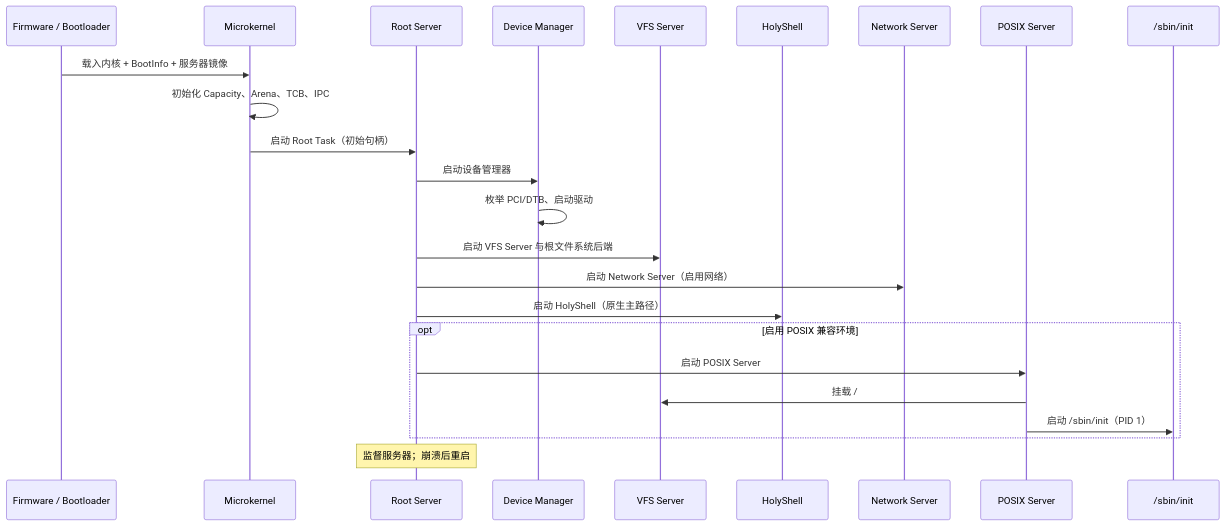
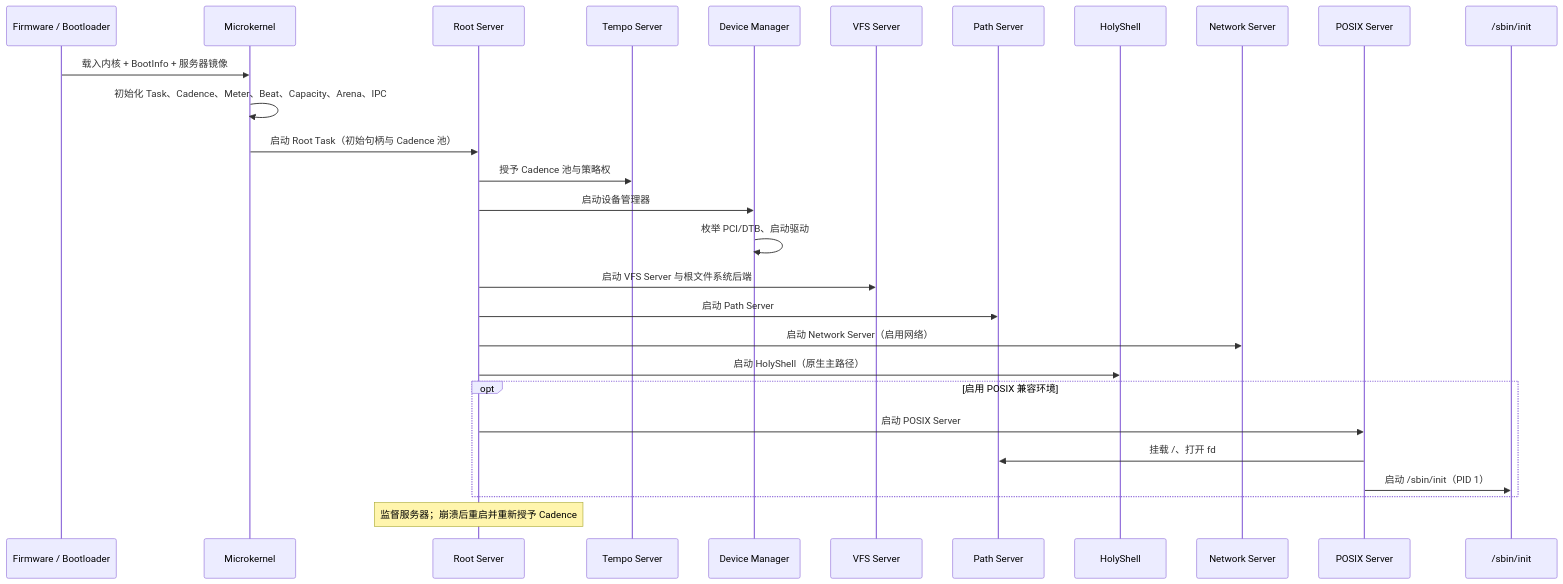
One commit to hongweifei/HolyKernel changed the fifth of 5 diagrams in docs/architecture.md. Above: the diagram before and after it, drawn with Mermaid. The commit also changed other lines of this file and 30 other files, not shown here.

First line of the commit message:
docs: 统一 Holy Cadence Model 与 VFS/Path 拆分

````diff
--- a/docs/architecture.md
+++ b/docs/architecture.md
@@ -278,27 +292,31 @@
 ```mermaid
 sequenceDiagram
     participant FW as Firmware / Bootloader
     participant K as Microkernel
     participant Root as Root Server
+    participant Tempo as Tempo Server
     participant DM as Device Manager
     participant VFS as VFS Server
+    participant Path as Path Server
     participant Shell as HolyShell
     participant Net as Network Server
     participant POSIX as POSIX Server
     participant App as /sbin/init
 
     FW->>K: 载入内核 + BootInfo + 服务器镜像
-    K->>K: 初始化 Capacity、Arena、TCB、IPC
-    K->>Root: 启动 Root Task（初始句柄）
+    K->>K: 初始化 Task、Cadence、Meter、Beat、Capacity、Arena、IPC
+    K->>Root: 启动 Root Task（初始句柄与 Cadence 池）
+    Root->>Tempo: 授予 Cadence 池与策略权
     Root->>DM: 启动设备管理器
     DM->>DM: 枚举 PCI/DTB、启动驱动
     Root->>VFS: 启动 VFS Server 与根文件系统后端
+    Root->>Path: 启动 Path Server
     Root->>Net: 启动 Network Server（启用网络）
     Root->>Shell: 启动 HolyShell（原生主路径）
     opt 启用 POSIX 兼容环境
         Root->>POSIX: 启动 POSIX Server
-        POSIX->>VFS: 挂载 /
+        POSIX->>Path: 挂载 /、打开 fd
         POSIX->>App: 启动 /sbin/init（PID 1）
     end
-    Note over Root: 监督服务器；崩溃后重启
+    Note over Root: 监督服务器；崩溃后重启并重新授予 Cadence
 ```
````
